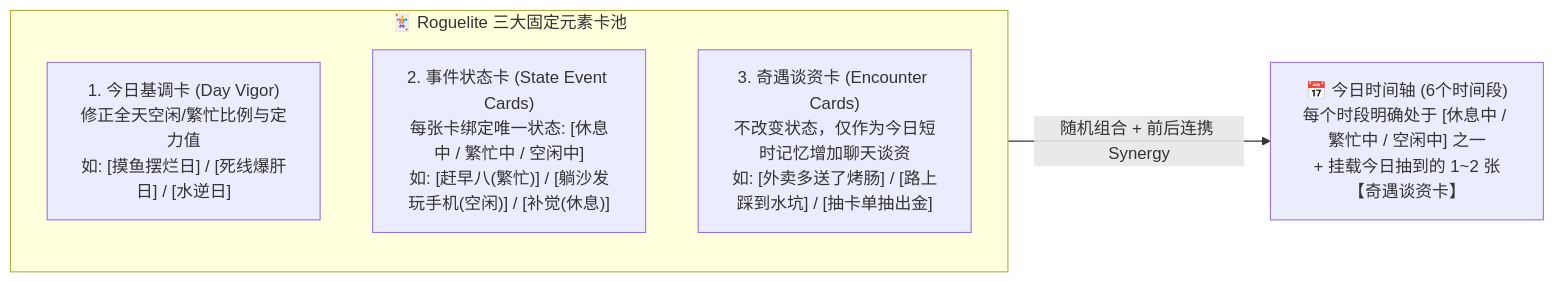
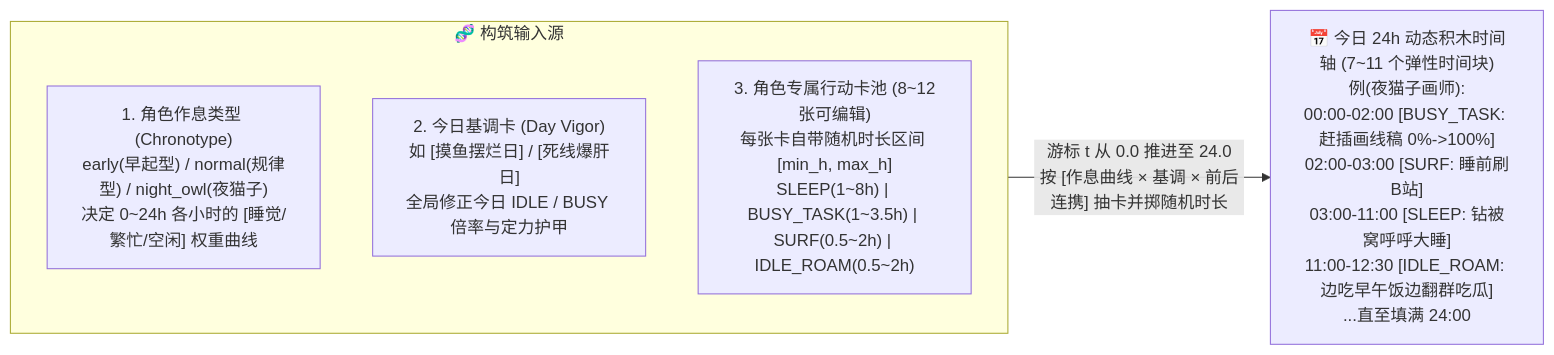
One commit to hidge123/astrbot_plugin_only_you changed the second of 5 diagrams in docs/PRD.md. Above: the diagram before and after it, drawn with Mermaid. The commit also changed other lines of this file and 41 other files, not shown here.

````diff
--- a/docs/PRD.md
+++ b/docs/PRD.md
@@ -68,10 +74,10 @@
 ```mermaid
 flowchart LR
-    subgraph ElementPools["🃏 Roguelite 三大固定元素卡池"]
-        E1["1. 今日基调卡 (Day Vigor)\n修正全天空闲/繁忙比例与定力值\n如: [摸鱼摆烂日] / [死线爆肝日] / [水逆日]"]
-        E2["2. 事件状态卡 (State Event Cards)\n每张卡绑定唯一状态: [休息中 / 繁忙中 / 空闲中]\n如: [赶早八(繁忙)] / [躺沙发玩手机(空闲)] / [补觉(休息)]"]
-        E3["3. 奇遇谈资卡 (Encounter Cards)\n不改变状态，仅作为今日短时记忆增加聊天谈资\n如: [外卖多送了烤肠] / [路上踩到水坑] / [抽卡单抽出金]"]
+    subgraph Inputs["🧬 构筑输入源"]
+        Chrono["1. 角色作息类型 (Chronotype)\nearly(早起型) / normal(规律型) / night_owl(夜猫子)\n决定 0~24h 各小时的 [睡觉/繁忙/空闲] 权重曲线"]
+        Vigor["2. 今日基调卡 (Day Vigor)\n如 [摸鱼摆烂日] / [死线爆肝日]\n全局修正今日 IDLE / BUSY 倍率与定力护甲"]
+        Deck["3. 角色专属行动卡池 (8~12张可编辑)\n每张卡自带随机时长区间 [min_h, max_h]\nSLEEP(1~8h) | BUSY_TASK(1~3.5h) | SURF(0.5~2h) | IDLE_ROAM(0.5~2h)"]
     end
 
-    ElementPools -->|"随机组合 + 前后连携 Synergy"| Timeline["📅 今日时间轴 (6个时间段)\n每个时段明确处于 [休息中 / 繁忙中 / 空闲中] 之一\n+ 挂载今日抽到的 1~2 张【奇遇谈资卡】"]
+    Inputs -->|"游标 t 从 0.0 推进至 24.0\n按 [作息曲线 × 基调 × 前后连携] 抽卡并掷随机时长"| Track["📅 今日 24h 动态积木时间轴 (7~11 个弹性时间块)\n例(夜猫子画师):\n00:00-02:00 [BUSY_TASK: 赶插画线稿 0%->100%]\n02:00-03:00 [SURF: 睡前刷B站]\n03:00-11:00 [SLEEP: 钻被窝呼呼大睡]\n11:00-12:30 [IDLE_ROAM: 边吃早午饭边翻群吃瓜]\n...直至填满 24:00"]
 ```
````
